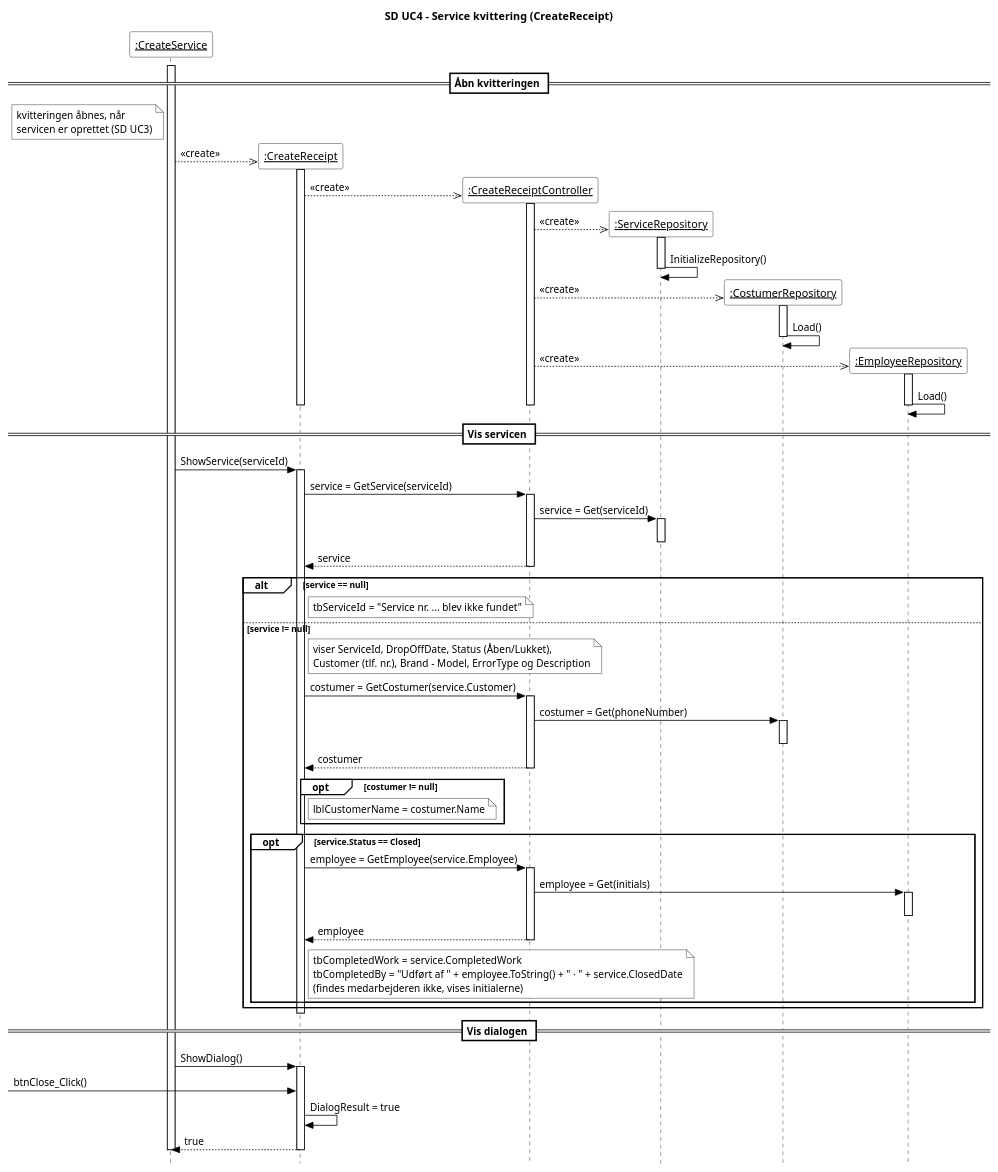
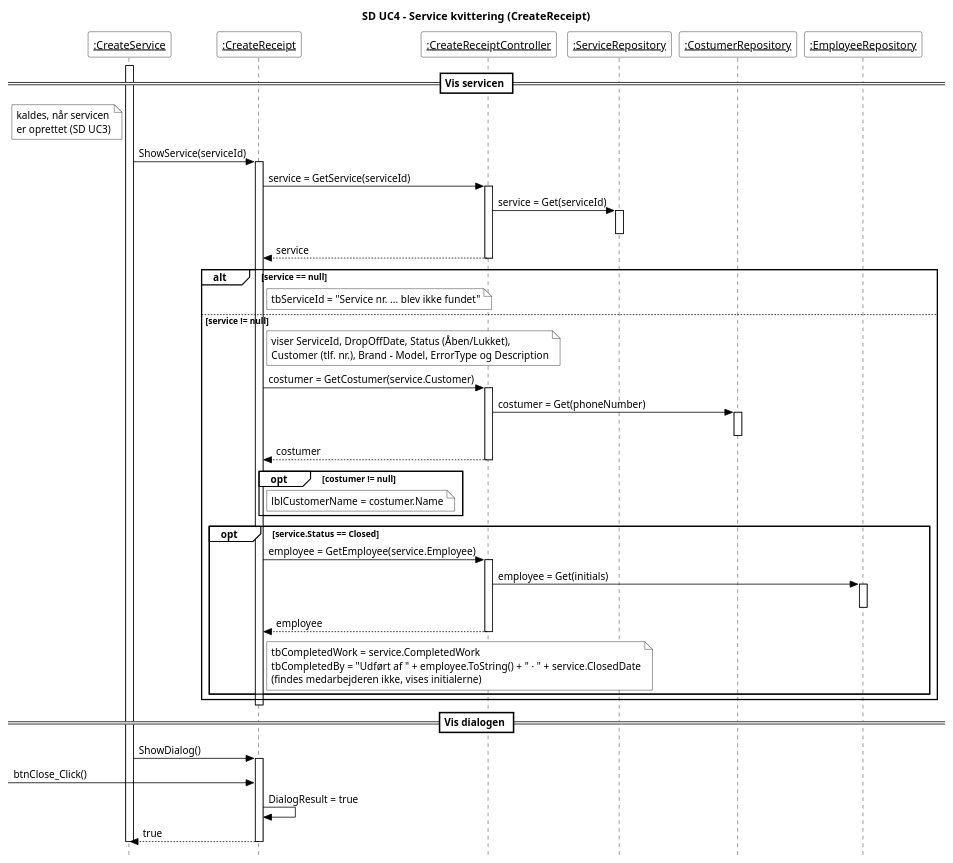
The diagram in 6. Sekvens Diagrammer/Sprint 1/UC4_service_kvittering.puml (Zoabz/Getting-Real), drawn with PlantUML before and after one commit. The commit also changed 8 other files, not shown here.

```diff
--- a/6. Sekvens Diagrammer/Sprint 1/UC4_service_kvittering.puml
+++ b/6. Sekvens Diagrammer/Sprint 1/UC4_service_kvittering.puml
@@ -1,119 +1,94 @@
 @startuml
 ' SD i samme stil som undervisningens SD for RegisterGuest (Pr20)
 ' Opdateret ud fra dialogen Service kvittering i WPF-programmet (Views/CreateReceipt)
 skinparam style strictuml
 skinparam ParticipantBackgroundColor white
 skinparam ParticipantBorderColor black
 skinparam ArrowColor black
 skinparam SequenceLifeLineBorderColor black
 skinparam SequenceGroupBackgroundColor white
 skinparam SequenceGroupBorderColor black
 skinparam SequenceDividerBackgroundColor white
 skinparam SequenceDividerBorderColor black
 skinparam SequenceReferenceBackgroundColor white
 skinparam SequenceReferenceBorderColor black
 skinparam NoteBackgroundColor white
 skinparam NoteBorderColor black
 skinparam ActivationBackgroundColor white
 skinparam shadowing false
 skinparam sequenceParticipant underline
 skinparam defaultFontName Arial
 hide footbox
 title SD UC4 - Service kvittering (CreateReceipt)
 
 participant ":CreateService" as V
-
-== Åbn kvitteringen ==
-activate V
-note left of V : kvitteringen åbnes, når\nservicen er oprettet (SD UC3)
-
-create participant ":CreateReceipt" as D
-V -->> D : «create»
-activate D
-
-create participant ":CreateReceiptController" as C
-D -->> C : «create»
-activate C
-
-create participant ":ServiceRepository" as SR
-C -->> SR : «create»
-activate SR
-SR -> SR : InitializeRepository()
-deactivate SR
-
-create participant ":CostumerRepository" as KR
-C -->> KR : «create»
-activate KR
-KR -> KR : Load()
-deactivate KR
-
-create participant ":EmployeeRepository" as ER
-C -->> ER : «create»
-activate ER
-ER -> ER : Load()
-deactivate ER
-
-deactivate C
-deactivate D
+participant ":CreateReceipt" as D
+participant ":CreateReceiptController" as C
+participant ":ServiceRepository" as SR
+participant ":CostumerRepository" as KR
+participant ":EmployeeRepository" as ER
 
 == Vis servicen ==
+activate V
+note left of V : kaldes, når servicen\ner oprettet (SD UC3)
+
 V -> D : ShowService(serviceId)
 activate D
 
 D -> C : service = GetService(serviceId)
 activate C
 C -> SR : service = Get(serviceId)
 activate SR
 deactivate SR
 D <-- C : service
 deactivate C
 
 alt service == null
     note right of D : tbServiceId = "Service nr. ... blev ikke fundet"
 
 else service != null
     note right of D
       viser ServiceId, DropOffDate, Status (Åben/Lukket),
       Customer (tlf. nr.), Brand - Model, ErrorType og Description
     end note
 
     D -> C : costumer = GetCostumer(service.Customer)
     activate C
     C -> KR : costumer = Get(phoneNumber)
     activate KR
     deactivate KR
     D <-- C : costumer
     deactivate C
 
     opt costumer != null
         note right of D : lblCustomerName = costumer.Name
     end
 
     opt service.Status == Closed
         D -> C : employee = GetEmployee(service.Employee)
         activate C
         C -> ER : employee = Get(initials)
         activate ER
         deactivate ER
         D <-- C : employee
         deactivate C
 
         note right of D
           tbCompletedWork = service.CompletedWork
           tbCompletedBy = "Udført af " + employee.ToString() + " · " + service.ClosedDate
           (findes medarbejderen ikke, vises initialerne)
         end note
     end
 end
 deactivate D
 
 == Vis dialogen ==
 V -> D : ShowDialog()
 activate D
 [-> D : btnClose_Click()
 D -> D : DialogResult = true
 V <-- D : true
 deactivate D
 deactivate V
 
 @enduml
```
